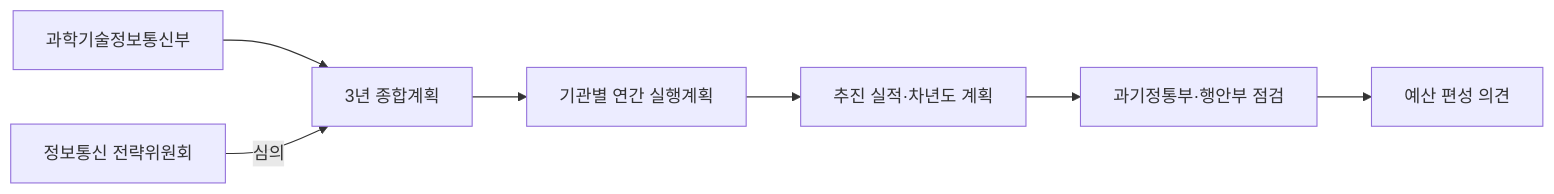
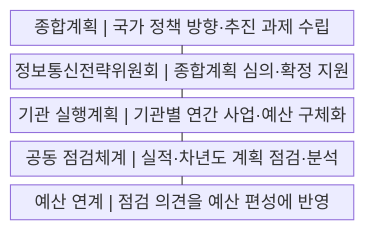
One commit to agnusdei1207/knowledge-base changed the first of 2 diagrams in src/content/docs/notes/03-software/226_intelligent_informatization_framework_act.md. Above: the diagram before and after it, drawn with Mermaid. The commit also changed other lines of this file and 20 other files, not shown here.

````diff
--- a/src/content/docs/notes/03-software/226_intelligent_informatization_framework_act.md
+++ b/src/content/docs/notes/03-software/226_intelligent_informatization_framework_act.md
@@ -52,9 +52,13 @@
 ```mermaid
-flowchart LR
-    M["과학기술정보통신부"] --> P["3년 종합계획"]
-    S["정보통신 전략위원회"] -->|심의| P
-    P --> E["기관별 연간 실행계획"]
-    E --> R["추진 실적·차년도 계획"]
-    R --> A["과기정통부·행안부 점검"]
-    A --> B["예산 편성 의견"]
+block
+    columns 1
+    A["종합계획 | 국가 정책 방향·추진 과제 수립"]
+    B["정보통신전략위원회 | 종합계획 심의·확정 지원"]
+    C["기관 실행계획 | 기관별 연간 사업·예산 구체화"]
+    D["공동 점검체계 | 실적·차년도 계획 점검·분석"]
+    E["예산 연계 | 점검 의견을 예산 편성에 반영"]
+    A --- B
+    B --- C
+    C --- D
+    D --- E
 ```
````
